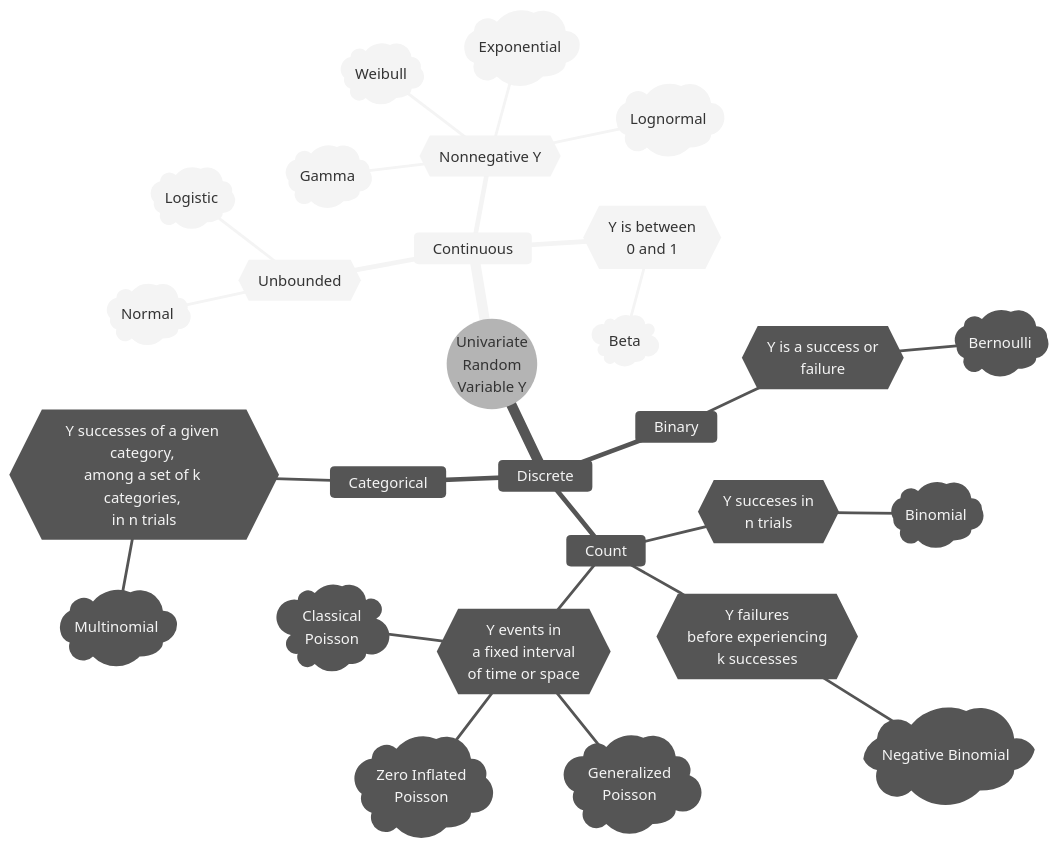
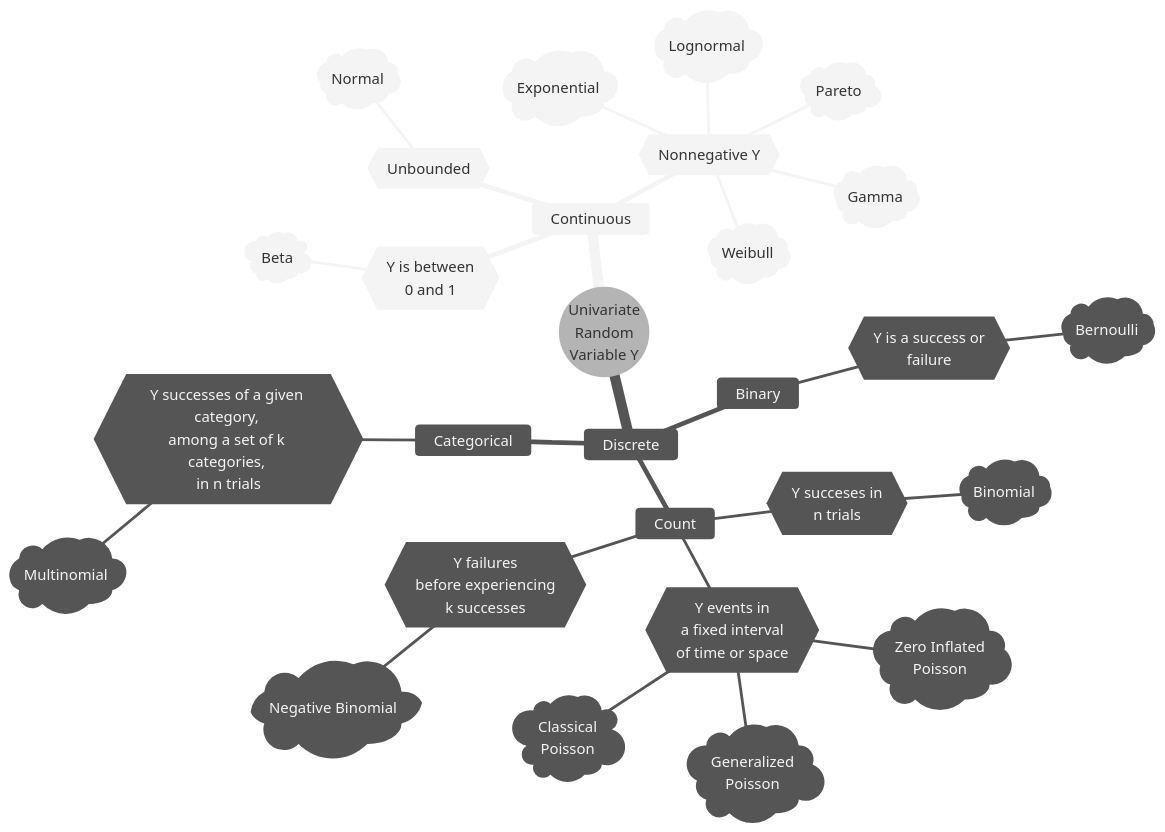
One commit to alexrod61/regression-cookbook changed the diagram in book/C-distributional-mind-map.qmd. Above: the diagram before and after it, drawn with Mermaid (neutral theme). The commit also changed other lines of this file and 21 other files, not shown here.

````diff
--- a/book/C-distributional-mind-map.qmd
+++ b/book/C-distributional-mind-map.qmd
@@ -24,33 +24,33 @@
 ```{mermaid}
 mindmap
   root((Univariate 
     Random
     Variable Y))
     Continuous
       {{Unbounded}}
         )Normal(
-        )Logistic(
       {{Nonnegative Y}}
         )Lognormal(
         )Exponential(
         )Gamma(
         )Weibull(
+        )Pareto(
       {{Y is between <br/>0 and 1}}
         )Beta(
     Discrete
       Binary
         {{Y is a success or <br/>failure}}
           )Bernoulli(
       Count
         {{Y succeses in <br/>n trials}}
           )Binomial(
         {{Y failures <br/>before experiencing <br/>k successes}}
           )Negative Binomial(
         {{Y events in <br/>a fixed interval <br/>of time or space}}
           )Classical <br/>Poisson(
           )Generalized <br/>Poisson(
           )Zero Inflated <br/>Poisson(
       Categorical
         {{Y successes of a given category, <br/>among a set of k categories, <br/>in n trials}}
           )Multinomial(
 ```
````
